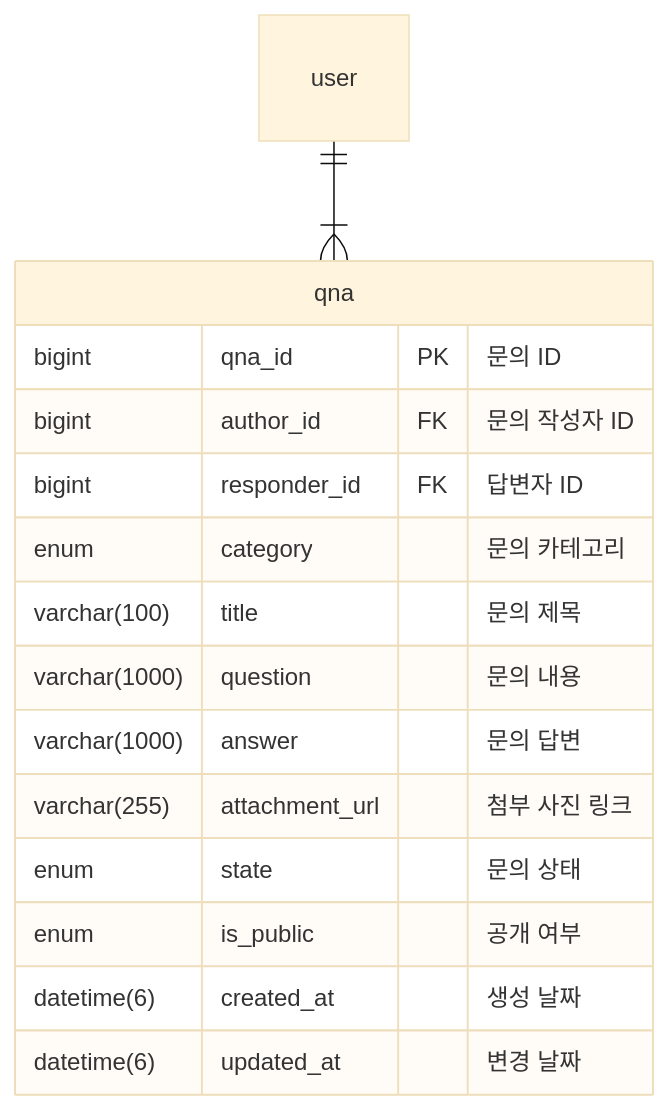
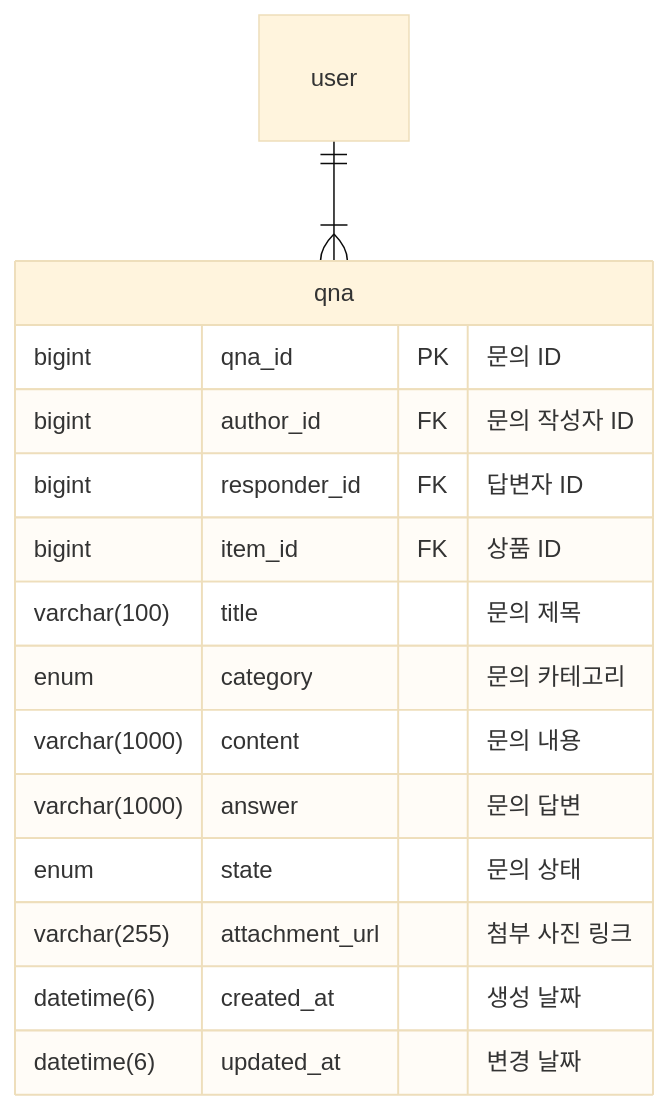
One commit to kea-dpang/docs changed the seventh of 9 diagrams in Erd.md. Above: the diagram before and after it, drawn with Mermaid (base theme). The commit also changed other lines of this file and 3 other files, not shown here.

````diff
--- a/Erd.md
+++ b/Erd.md
@@ -312,19 +315,19 @@
 ```mermaid
 erDiagram
     qna {
         bigint qna_id PK "문의 ID"
         bigint author_id FK "문의 작성자 ID"
         bigint responder_id FK "답변자 ID"
+        bigint item_id FK "상품 ID"
+        varchar(100) title "문의 제목"
         enum category "문의 카테고리"
-        varchar(100) title "문의 제목"
-        varchar(1000) question "문의 내용"
+        varchar(1000) content "문의 내용"
         varchar(1000) answer "문의 답변"
+        enum state "문의 상태"
         varchar(255) attachment_url "첨부 사진 링크"
-        enum state "문의 상태"
-        enum is_public "공개 여부"
         datetime(6) created_at "생성 날짜"
         datetime(6) updated_at "변경 날짜"
     }
 
     user ||--|{ qna: ""
 ```
````
